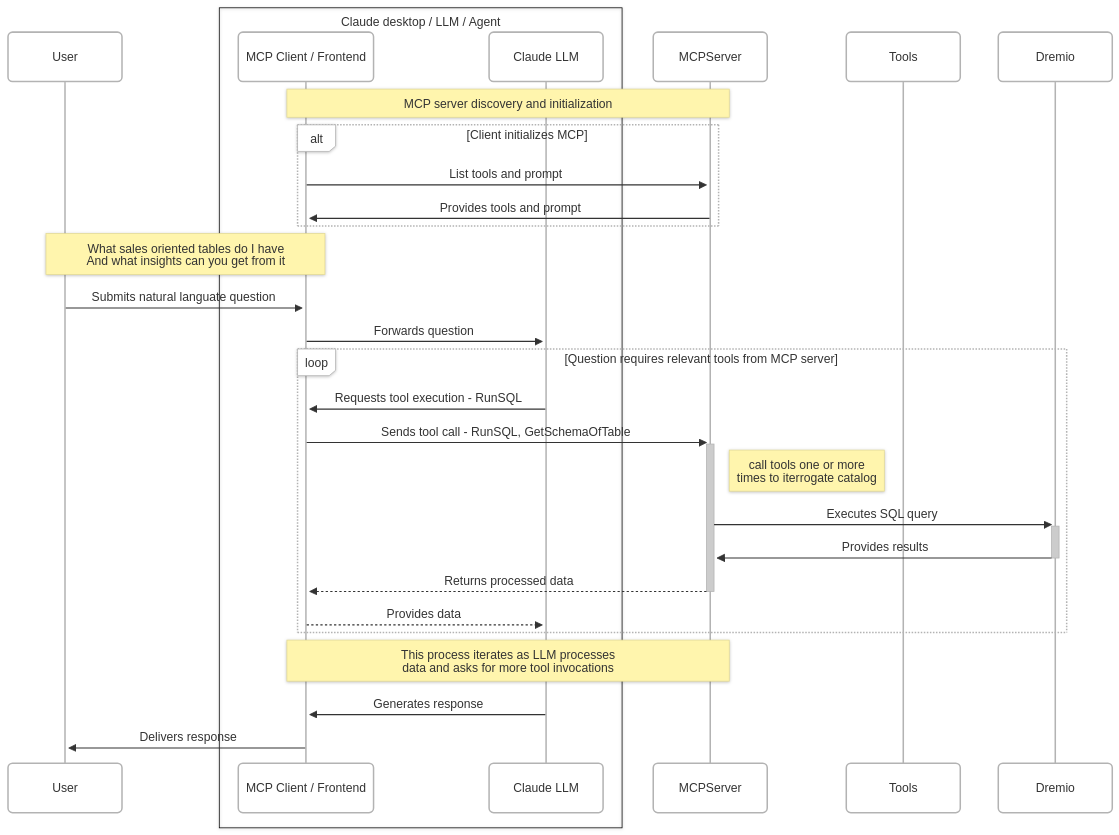
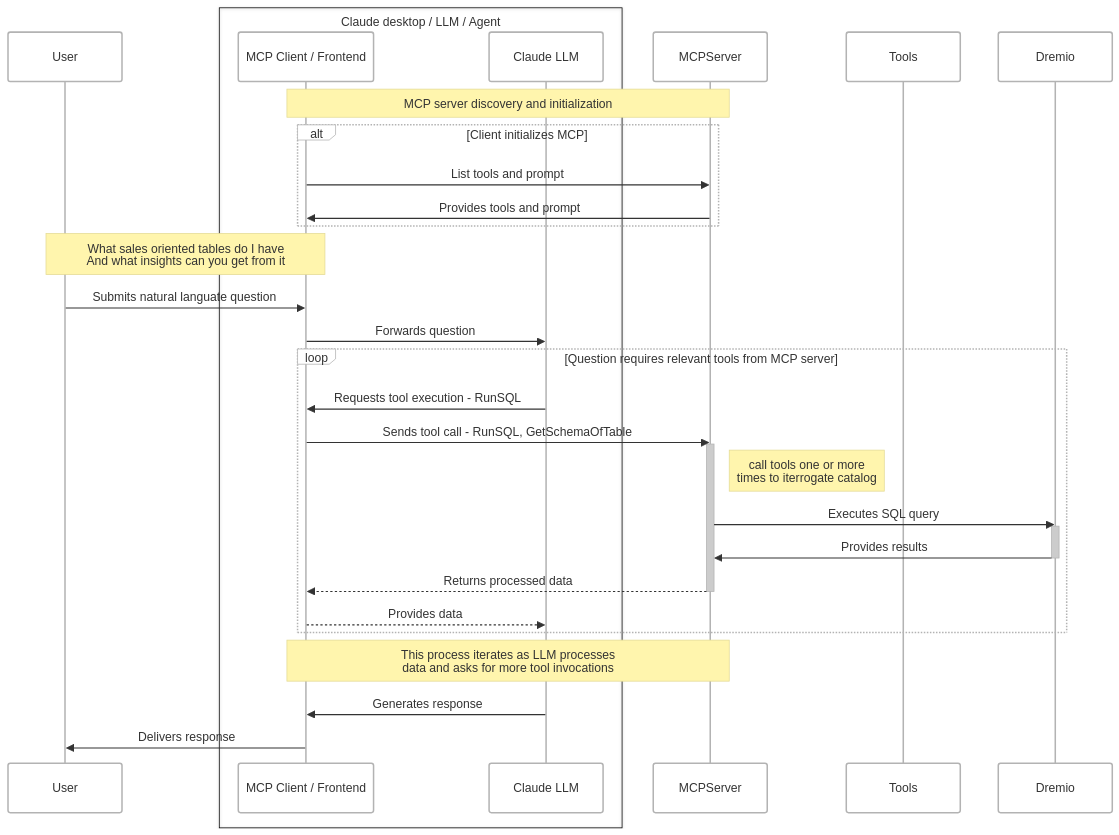
Before and after one commit to serraict/dremio-mcp: the diagram in docs/architecture.md, drawn with Mermaid.

````diff
--- a/docs/architecture.md
+++ b/docs/architecture.md
@@ -5,49 +5,49 @@
 ```mermaid
 ---
 config:
-  look: neo
+  look: handDrawn
   theme: neo
 ---
 
 
 sequenceDiagram
     participant User
 
     box Claude desktop / LLM / Agent
     participant Client as MCP Client / Frontend
     participant LLM as Claude LLM
     end
 
     participant MCP as MCPServer
     participant Tools
     participant DB as Dremio
 
     Note over Client,MCP: MCP server discovery and initialization
     alt Client initializes MCP
         Client->>MCP: List tools and prompt
         MCP->>Client: Provides tools and prompt
     end
 
 
     Note over User,Client: What sales oriented tables do I have<br/>And what insights can you get from it
     User->>Client: Submits natural languate question
     Client->>LLM: Forwards question
 
     loop Question requires relevant tools from MCP server
         LLM->>Client: Requests tool execution -  RunSQL
         Client->>MCP: Sends tool call - RunSQL, GetSchemaOfTable
         activate MCP
         Note right of MCP: call tools one or more <br/> times to iterrogate catalog
         MCP->>DB: Executes SQL query
         activate DB
         DB->>MCP: Provides results
         deactivate DB
         MCP-->>Client: Returns processed data
         deactivate MCP
         Client-->>LLM: Provides data
     end
     Note over Client,MCP: This process iterates as LLM processes<br/> data and asks for more tool invocations
 
     LLM->>Client: Generates response
     Client->>User: Delivers response
 ```
````
